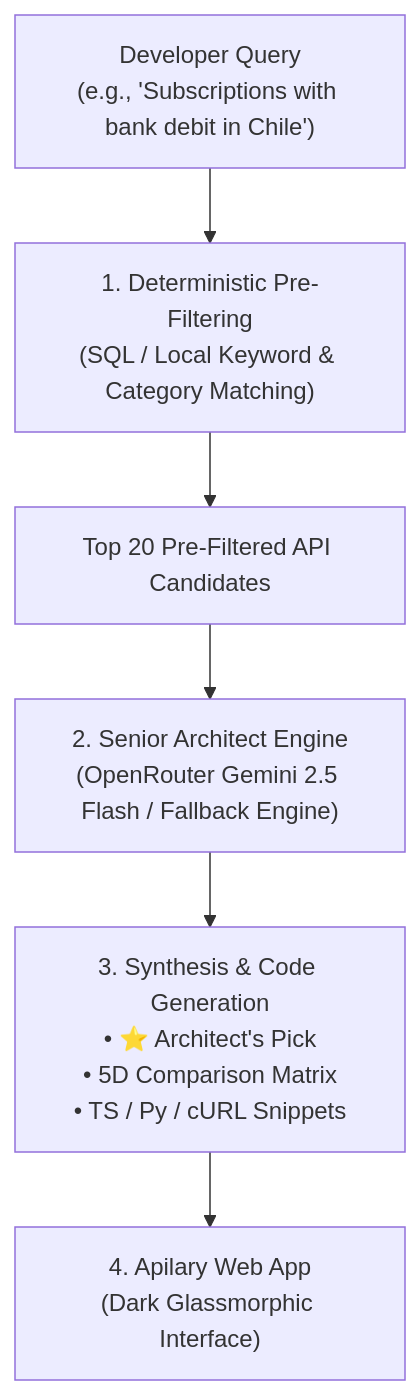
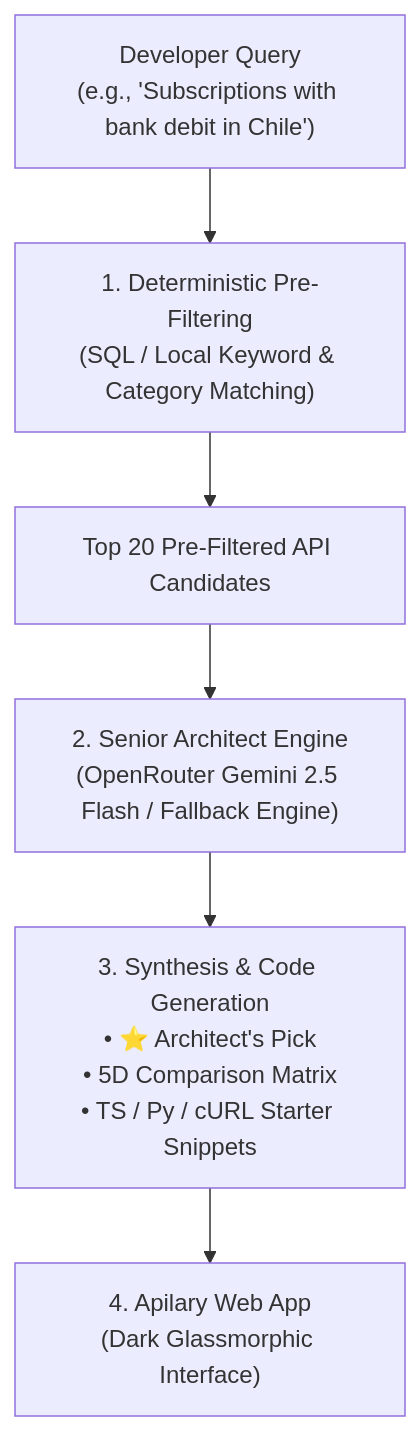
Before and after one commit to efuenteslopez-create/apilary: the diagram in README.md, drawn with Mermaid. The commit also changed other lines of this file and 14 other files, not shown here.

````diff
--- a/README.md
+++ b/README.md
@@ -19,15 +20,15 @@
 ```mermaid
 flowchart TD
     User["Developer Query\n(e.g., 'Subscriptions with bank debit in Chile')"]
     Prefilter["1. Deterministic Pre-Filtering\n(SQL / Local Keyword & Category Matching)"]
     Candidates["Top 20 Pre-Filtered API Candidates"]
     LLM["2. Senior Architect Engine\n(OpenRouter Gemini 2.5 Flash / Fallback Engine)"]
-    Decision["3. Synthesis & Code Generation\n• ⭐ Architect's Pick\n• 5D Comparison Matrix\n• TS / Py / cURL Snippets"]
+    Decision["3. Synthesis & Code Generation\n• ⭐ Architect's Pick\n• 5D Comparison Matrix\n• TS / Py / cURL Starter Snippets"]
     UI["4. Apilary Web App\n(Dark Glassmorphic Interface)"]
 
     User --> Prefilter
     Prefilter --> Candidates
     Candidates --> LLM
     LLM --> Decision
     Decision --> UI
 ```
````
